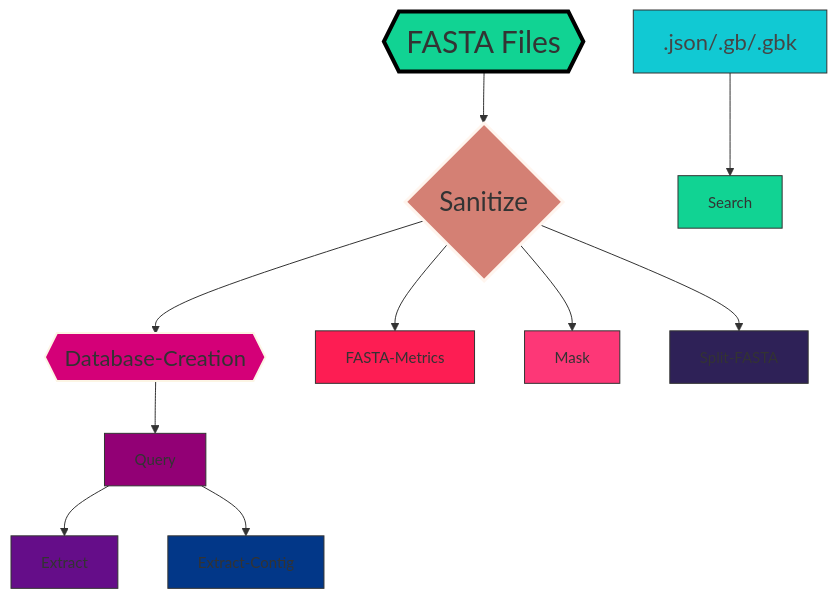
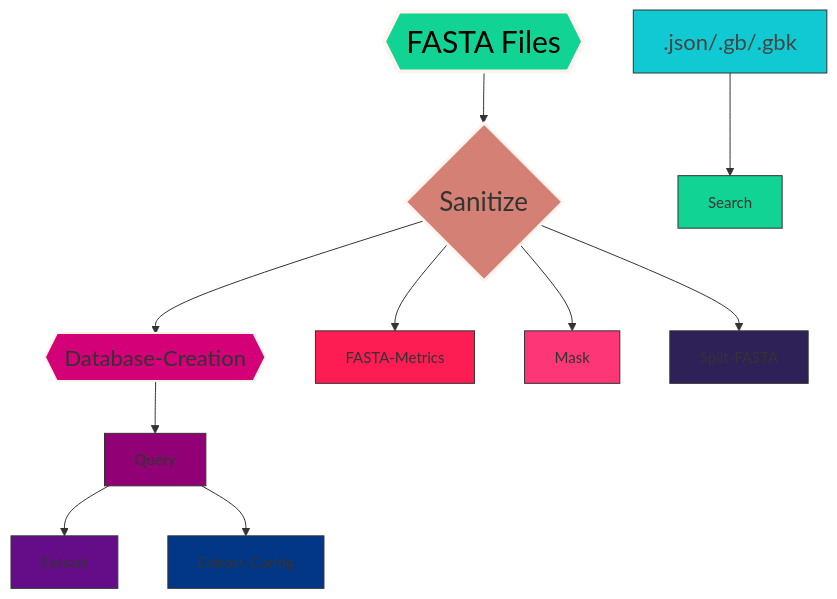
The diagram in README.md (ERBringHorvath/SeqForge), drawn with Mermaid before and after one commit.

````diff
--- a/README.md
+++ b/README.md
@@ -80,25 +80,25 @@
 ```mermaid
 graph TD;
     Z{{FASTA Files}}-->A{Sanitize};
     A{Sanitize}-->B{{Database-Creation}};
     B{{Database-Creation}}-->C[Query];
     C[Query]-->D[Extract];
     C[Query]-->E[Extract-Contig];
     A{Sanitize}-->F[FASTA-Metrics];
     A{Sanitize}-->G[Mask];
     A{Sanitize}-->H[Split-FASTA];
     I[.json/.gb/.gbk]-->J[Search];
 
     %% Custom style for Sanitize node
-    style Z fill:#11d393,stroke:#000000,stroke-width:4,font-size:30
+    style Z fill:#11d393,stroke:#fff5ee,stroke-width:4,font-size:30,color:#000000
     style A fill:#d48074,stroke:#fff5ee,stroke-width:3,font-size:26px
     style B fill:#d40078,stroke:#FCF5E5,stroke-width:2,font-size:22px
     style C fill:#920075,stroke:#333,stroke-width:1,font-size:15px
     style D fill:#650D89,stroke:#333,stroke-width:1,font-size:15px
     style E fill:#023788,stroke:#333,stroke-width:1,font-size:15px
     style F fill:#fd1d53,stroke:#333,stroke-width:1,font-size:15px
     style G fill:#fd3777,stroke:#333,stroke-width:1,font-size:15px
     style H fill:#2e2157,stroke:#333,stroke-width:1,font-size:15px
     style I fill:#11c9d3,stroke:#333,stroke-width:1,font-size:22px,color:#454545
     style J fill:#11d393,stroke:#333,stroke-width:1,font-size:15px
 ```
````
